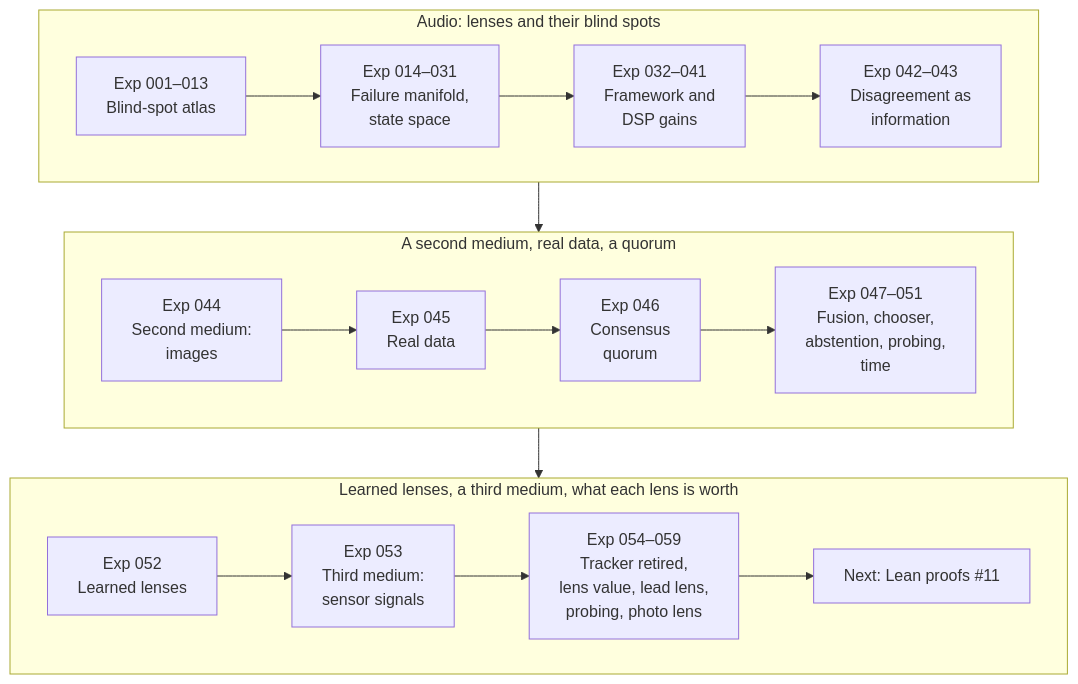
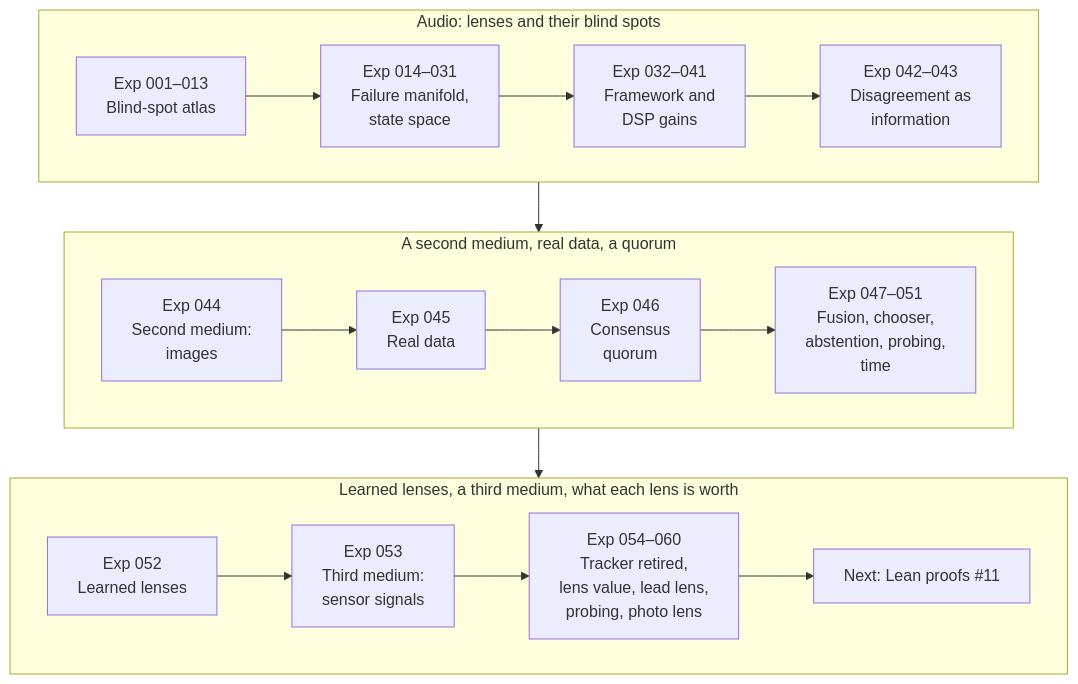
Before and after one commit to SpacekidLabs/representation-fragility-lab: the third of 3 diagrams in README.md, drawn with Mermaid. The commit also changed other lines of this file and 9 other files, not shown here.

````diff
--- a/README.md
+++ b/README.md
@@ -90,22 +90,22 @@
 ```mermaid
 flowchart TB
     subgraph R1["Audio: lenses and their blind spots"]
         direction LR
         A["Exp 001–013<br/>Blind-spot atlas"] --> B["Exp 014–031<br/>Failure manifold,<br/>state space"]
         B --> C["Exp 032–041<br/>Framework and<br/>DSP gains"]
         C --> D["Exp 042–043<br/>Disagreement as<br/>information"]
     end
     subgraph R2["A second medium, real data, a quorum"]
         direction LR
         E["Exp 044<br/>Second medium:<br/>images"] --> G["Exp 045<br/>Real data"]
         G --> H["Exp 046<br/>Consensus<br/>quorum"]
         H --> I["Exp 047–051<br/>Fusion, chooser,<br/>abstention, probing,<br/>time"]
     end
     subgraph R3["Learned lenses, a third medium, what each lens is worth"]
         direction LR
         J["Exp 052<br/>Learned lenses"] --> K["Exp 053<br/>Third medium:<br/>sensor signals"]
-        K --> L["Exp 054–059<br/>Tracker retired,<br/>lens value, lead lens,<br/>probing, photo lens"]
+        K --> L["Exp 054–060<br/>Tracker retired,<br/>lens value, lead lens,<br/>probing, photo lens"]
         L --> F["Next: Lean proofs #11"]
     end
     R1 --> R2 --> R3
 ```
````
